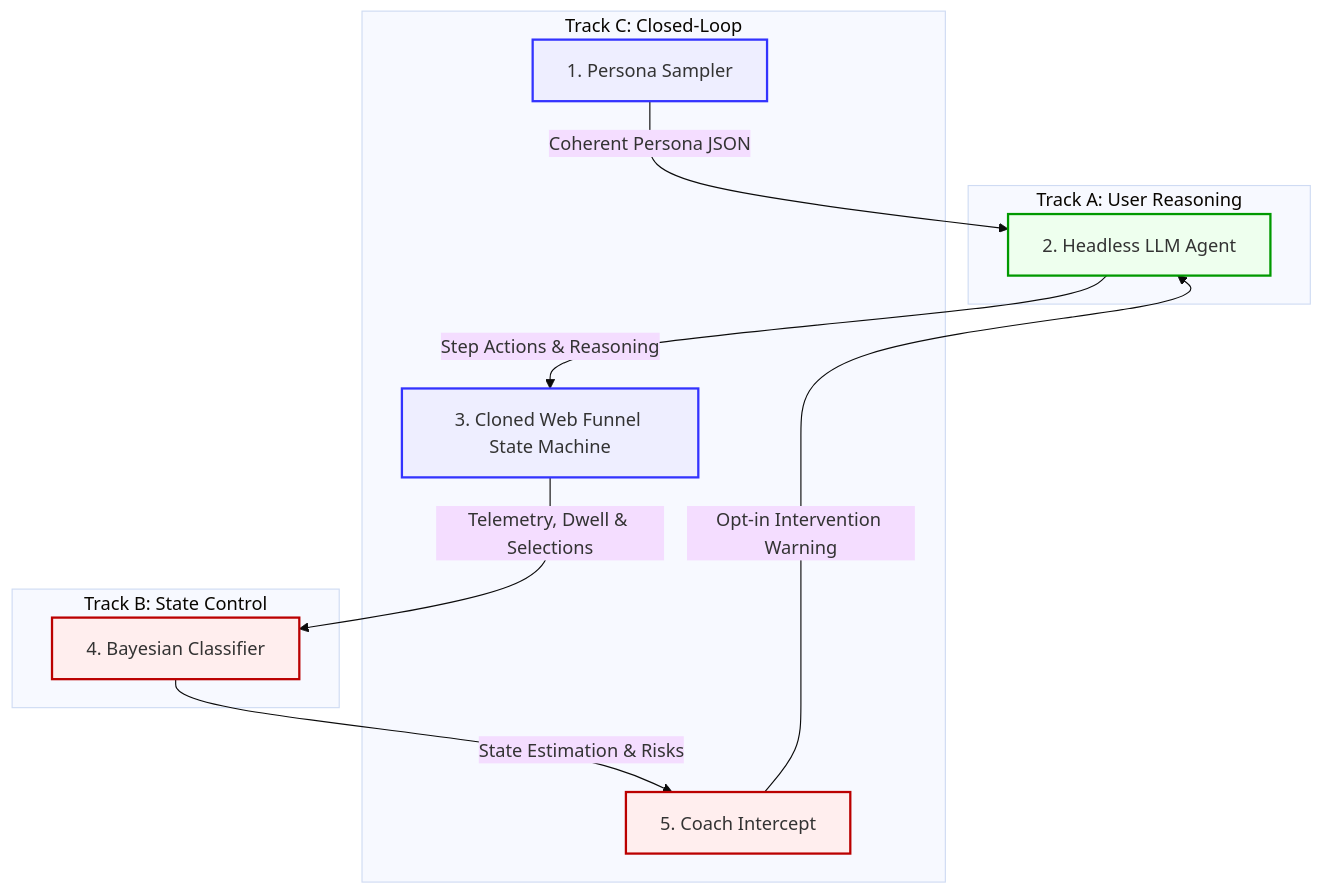
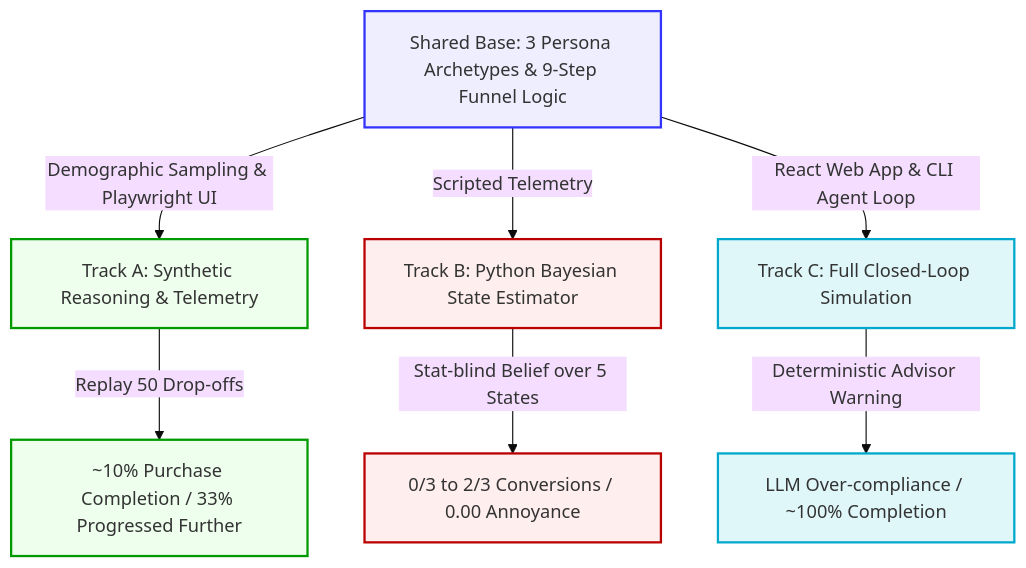
One commit to mapa17/ZeroOneHacker-GlassWing changed the diagram in docs/REPORT.md. Above: the diagram before and after it, drawn with Mermaid (base theme). The commit also changed other lines of this file, not shown here.

Commit message:
docs: audit and align report to eliminate track B and A hallucinations

````diff
--- a/docs/REPORT.md
+++ b/docs/REPORT.md
@@ -45,32 +45,29 @@
 ```mermaid
 graph TD
     %% Define Node Styles
     classDef main fill:#eef,stroke:#33f,stroke-width:2px;
-    classDef agent fill:#efe,stroke:#090,stroke-width:2px;
-    classDef coach fill:#fee,stroke:#b00,stroke-width:2px;
+    classDef trackA fill:#efe,stroke:#090,stroke-width:2px;
+    classDef trackB fill:#fee,stroke:#b00,stroke-width:2px;
+    classDef trackC fill:#e0f7fa,stroke:#00a8cc,stroke-width:2px;
     
-    %% The Flow
-    ProfileSampler[1. Persona Sampler] -->|Coherent Persona JSON| HeadlessAgent[2. Headless LLM Agent]
-    HeadlessAgent -->|Step Actions & Reasoning| WebFunnel[3. Cloned Web Funnel State Machine]
-    WebFunnel -->|Telemetry, Dwell & Selections| AdvisorClassifier[4. Bayesian Classifier]
-    AdvisorClassifier -->|State Estimation & Risks| CoachIntercept[5. Coach Intercept]
-    CoachIntercept -->|Opt-in Intervention Warning| HeadlessAgent
+    %% Shared Base
+    Base[Shared Base: 3 Persona Archetypes & 9-Step Funnel Logic]
+    
+    %% Track A
+    Base -->|Demographic Sampling & Playwright UI| TrackA[Track A: Synthetic Reasoning & Telemetry]
+    TrackA -->|Replay 50 Drop-offs| TrackAResults[~10% Purchase Completion / 33% Progressed Further]
+    
+    %% Track B
+    Base -->|Scripted Telemetry| TrackB[Track B: Python Bayesian State Estimator]
+    TrackB -->|Stat-blind Belief over 5 States| TrackBResults[0/3 to 2/3 Conversions / 0.00 Annoyance]
+    
+    %% Track C
+    Base -->|React Web App & CLI Agent Loop| TrackC[Track C: Full Closed-Loop Simulation]
+    TrackC -->|Deterministic Advisor Warning| TrackCResults[LLM Over-compliance / ~100% Completion]
     
     %% Apply Styles
-    class ProfileSampler,WebFunnel main;
-    class HeadlessAgent agent;
-    class AdvisorClassifier,CoachIntercept coach;
-    
-    %% Legends
-    subgraph Track A: User Reasoning
-    HeadlessAgent
-    end
-    subgraph Track B: State Control
-    AdvisorClassifier
-    end
-    subgraph Track C: Closed-Loop
-    ProfileSampler
-    WebFunnel
-    CoachIntercept
-    end
+    class Base main;
+    class TrackA,TrackAResults trackA;
+    class TrackB,TrackBResults trackB;
+    class TrackC,TrackCResults trackC;
 ```
````
